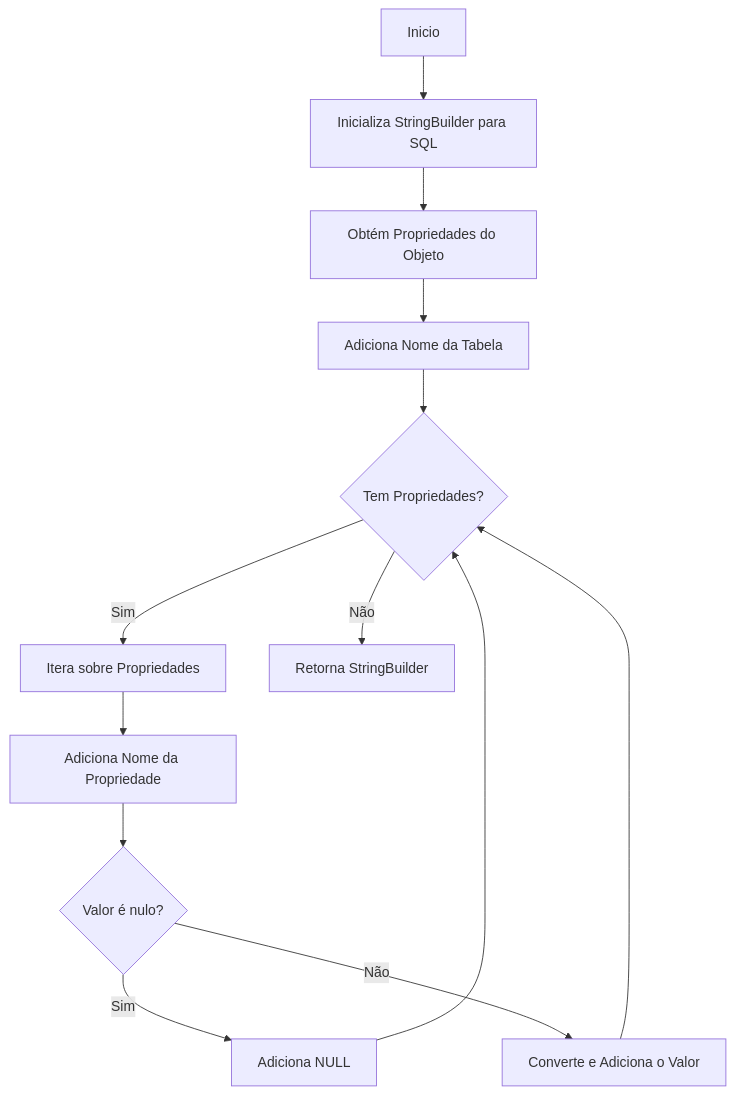
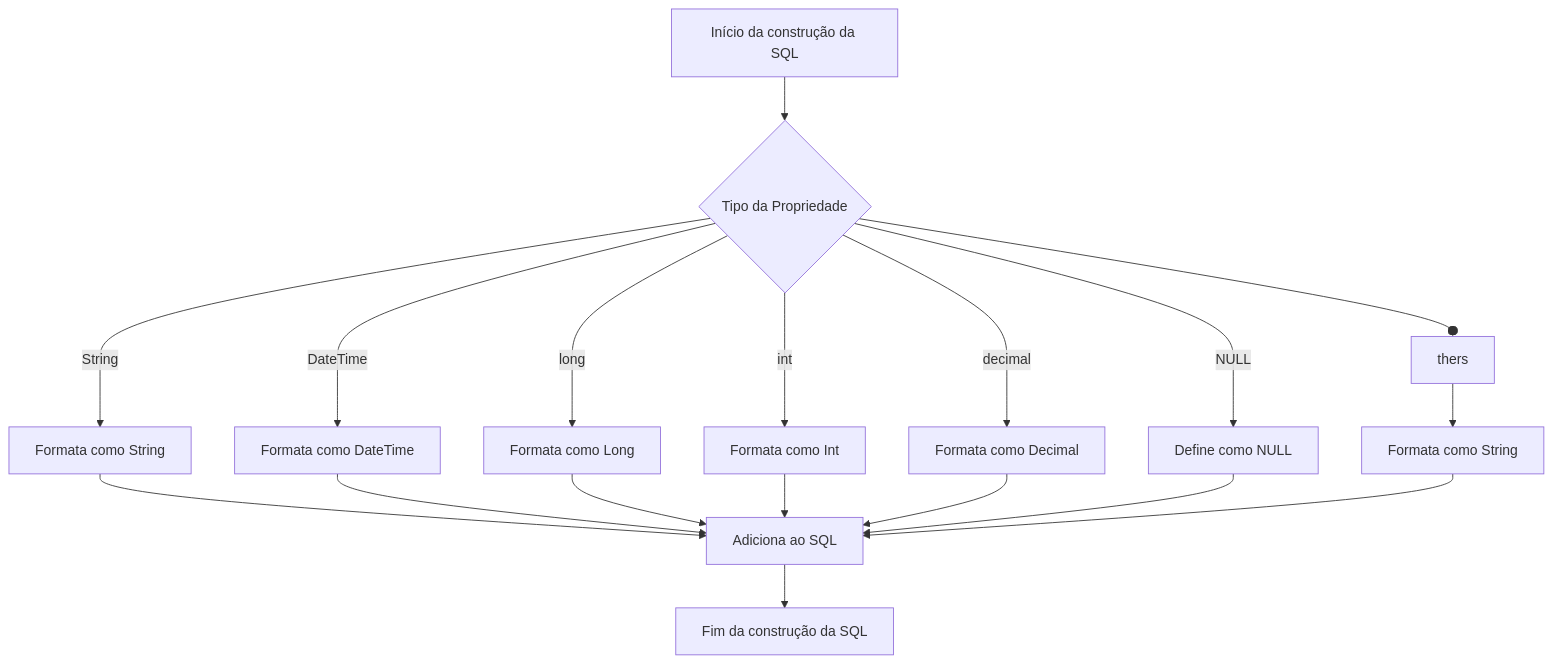
The first of 2 diagrams in docs/b2b-dominio/IsthmusWinthor.Nucleo/IsthmusWinthor.Dominio/Model/CampanhasWinthor/SQLAbstractModel.md (IsthmusSistemas/documentacao-tecnica), drawn with Mermaid before and after one commit. The commit also changed other lines of this file and 882 other files, not shown here.

````diff
--- a/docs/b2b-dominio/IsthmusWinthor.Nucleo/IsthmusWinthor.Dominio/Model/CampanhasWinthor/SQLAbstractModel.md
+++ b/docs/b2b-dominio/IsthmusWinthor.Nucleo/IsthmusWinthor.Dominio/Model/CampanhasWinthor/SQLAbstractModel.md
@@ -21,15 +26,19 @@
 ```mermaid
 flowchart TD
-    A[Inicio] --> B[Inicializa StringBuilder para SQL]
-    B --> C[Obtém Propriedades do Objeto]
-    C --> D[Adiciona Nome da Tabela]
-    D --> E{Tem Propriedades?}
-    E -- Sim --> F[Itera sobre Propriedades]
-    F --> G[Adiciona Nome da Propriedade]
-    G --> H{Valor é nulo?}
-    H -- Sim --> I[Adiciona NULL]
-    H -- Não --> J[Converte e Adiciona o Valor]
-    I --> E
-    J --> E
-    E -- Não --> K[Retorna StringBuilder]
+  A[Início da construção da SQL] --> B{Tipo da Propriedade}
+  B -- String --> C[Formata como String]
+  B -- DateTime --> D[Formata como DateTime]
+  B -- long --> E[Formata como Long]
+  B -- int --> F[Formata como Int]
+  B -- decimal --> G[Formata como Decimal]
+  B -- NULL --> H[Define como NULL]
+  B --others--> I[Formata como String]
+  C --> J[Adiciona ao SQL]
+  D --> J
+  E --> J
+  F --> J
+  G --> J
+  H --> J
+  I --> J
+  J --> K[Fim da construção da SQL]
 ```
````
